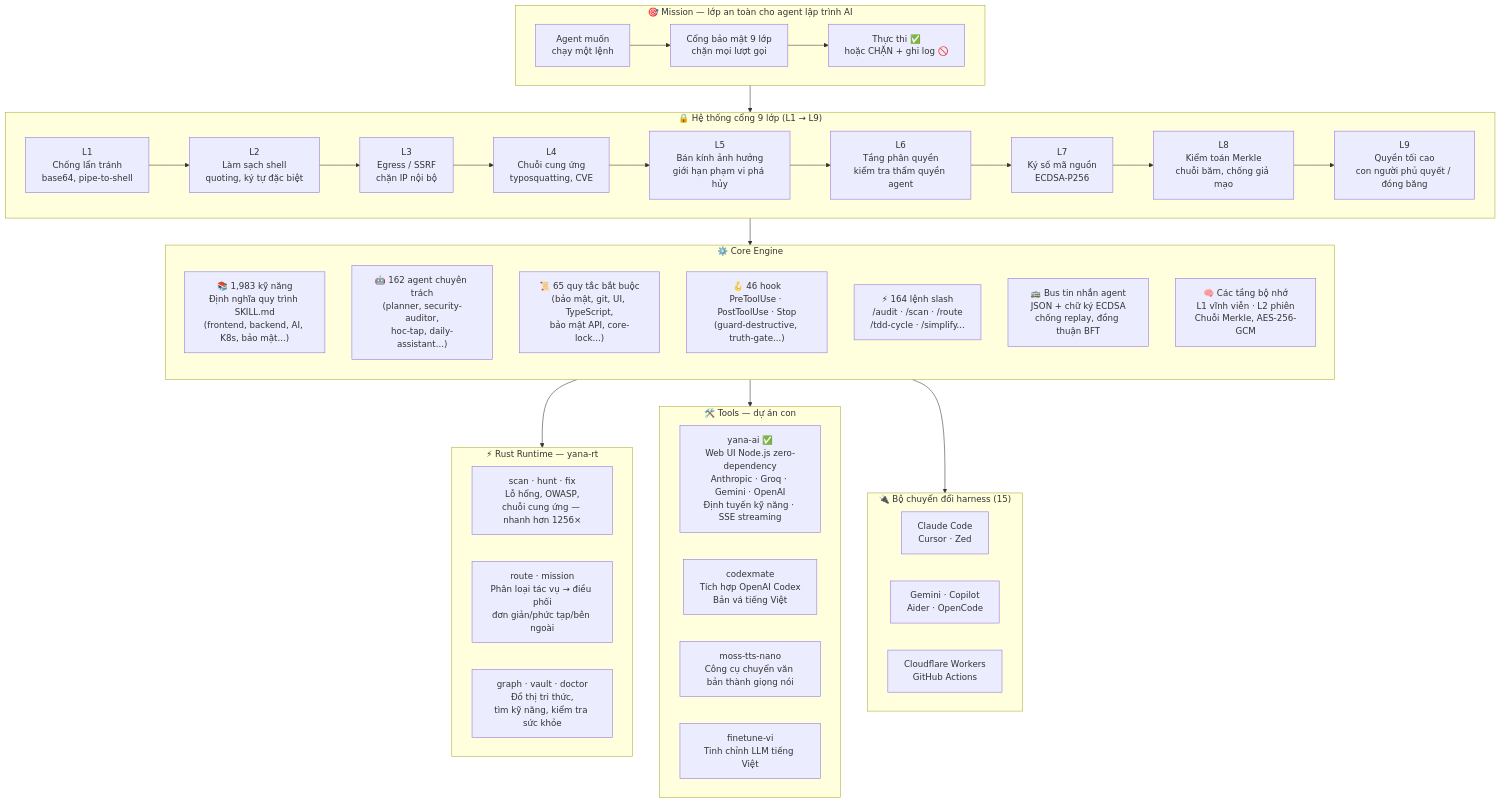
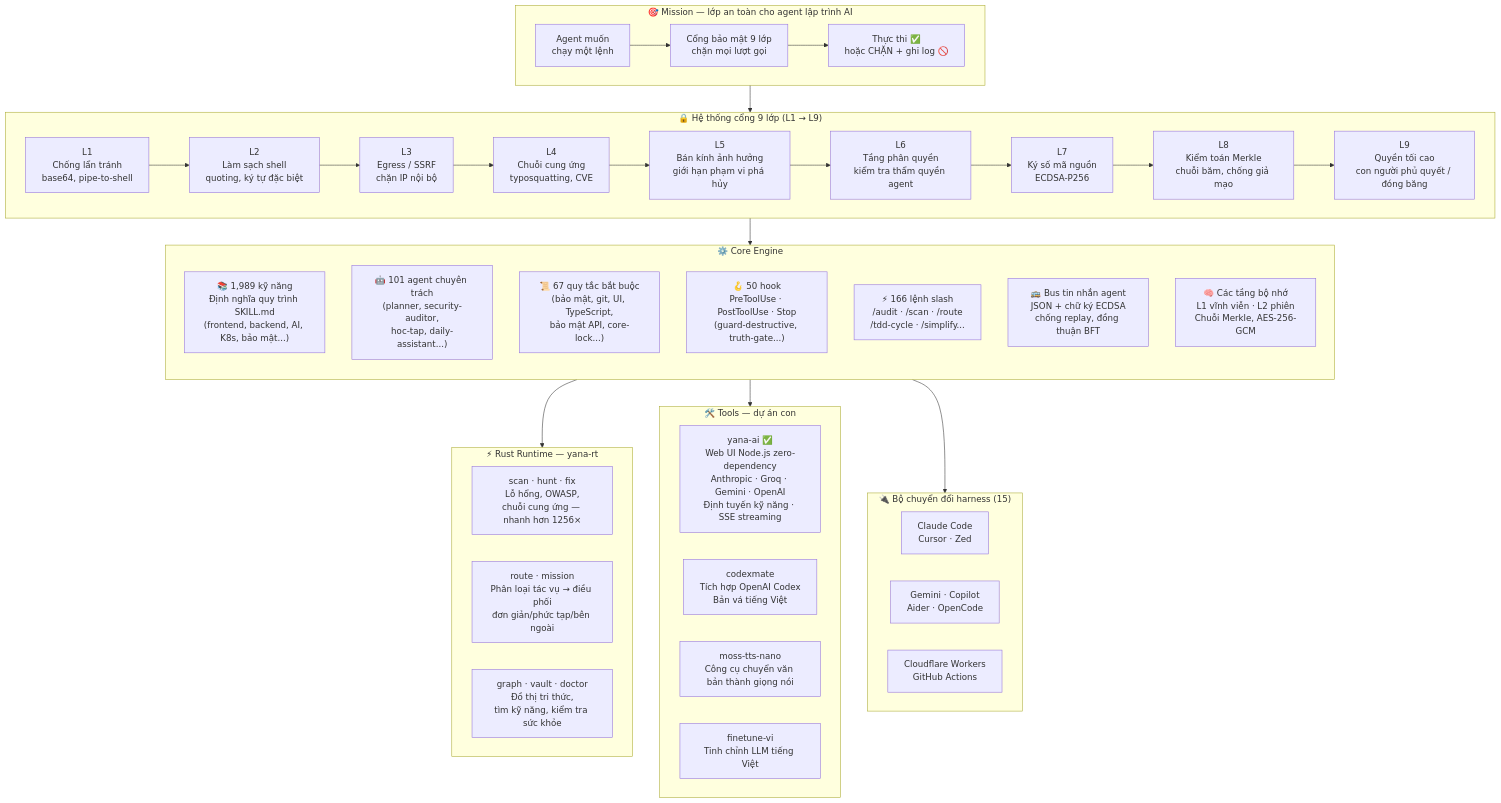
Before and after one commit to yanacuti1121/Yana-AI: the diagram in README.vi.md, drawn with Mermaid. The commit also changed other lines of this file and 23 other files, not shown here.

````diff
--- a/README.vi.md
+++ b/README.vi.md
@@ -111,70 +113,70 @@
 ```mermaid
 graph TB
     %% ── Mission ──────────────────────────────────────────────────────────
     subgraph MISSION["🎯 Mission — lớp an toàn cho agent lập trình AI"]
         direction LR
         AGENT["Agent muốn\nchạy một lệnh"]
         GATE["Cổng bảo mật 9 lớp\nchặn mọi lượt gọi"]
         OUT["Thực thi ✅\nhoặc CHẶN + ghi log 🚫"]
         AGENT --> GATE --> OUT
     end
 
     %% ── Gate layers ──────────────────────────────────────────────────────
     subgraph GATES["🔒 Hệ thống cổng 9 lớp (L1 → L9)"]
         direction LR
         G1["L1\nChống lẩn tránh\nbase64, pipe-to-shell"]
         G2["L2\nLàm sạch shell\nquoting, ký tự đặc biệt"]
         G3["L3\nEgress / SSRF\nchặn IP nội bộ"]
         G4["L4\nChuỗi cung ứng\ntyposquatting, CVE"]
         G5["L5\nBán kính ảnh hưởng\ngiới hạn phạm vi phá hủy"]
         G6["L6\nTầng phân quyền\nkiểm tra thẩm quyền agent"]
         G7["L7\nKý số mã nguồn\nECDSA-P256"]
         G8["L8\nKiểm toán Merkle\nchuỗi băm, chống giả mạo"]
         G9["L9\nQuyền tối cao\ncon người phủ quyết / đóng băng"]
         G1 --> G2 --> G3 --> G4 --> G5 --> G6 --> G7 --> G8 --> G9
     end
 
     %% ── Core engine ──────────────────────────────────────────────────────
     subgraph CORE["⚙️ Core Engine"]
         direction TB
-        SKILLS["📚 1,983 kỹ năng\nĐịnh nghĩa quy trình SKILL.md\n(frontend, backend, AI, K8s, bảo mật...)"]
-        AGENTS["🤖 162 agent chuyên trách\n(planner, security-auditor,\nhoc-tap, daily-assistant...)"]
-        RULES["📜 65 quy tắc bắt buộc\n(bảo mật, git, UI, TypeScript,\nbảo mật API, core-lock...)"]
-        HOOKS["🪝 46 hook\nPreToolUse · PostToolUse · Stop\n(guard-destructive, truth-gate...)"]
-        CMDS["⚡ 164 lệnh slash\n/audit · /scan · /route\n/tdd-cycle · /simplify..."]
+        SKILLS["📚 1,989 kỹ năng\nĐịnh nghĩa quy trình SKILL.md\n(frontend, backend, AI, K8s, bảo mật...)"]
+        AGENTS["🤖 101 agent chuyên trách\n(planner, security-auditor,\nhoc-tap, daily-assistant...)"]
+        RULES["📜 67 quy tắc bắt buộc\n(bảo mật, git, UI, TypeScript,\nbảo mật API, core-lock...)"]
+        HOOKS["🪝 50 hook\nPreToolUse · PostToolUse · Stop\n(guard-destructive, truth-gate...)"]
+        CMDS["⚡ 166 lệnh slash\n/audit · /scan · /route\n/tdd-cycle · /simplify..."]
         BUS["🚌 Bus tin nhắn agent\nJSON + chữ ký ECDSA\nchống replay, đồng thuận BFT"]
         MEM["🧠 Các tầng bộ nhớ\nL1 vĩnh viễn · L2 phiên\nChuỗi Merkle, AES-256-GCM"]
     end
 
     %% ── Rust runtime ─────────────────────────────────────────────────────
     subgraph RT["⚡ Rust Runtime — yana-rt"]
         direction LR
         SCAN["scan · hunt · fix\nLỗ hổng, OWASP,\nchuỗi cung ứng — nhanh hơn 1256×"]
         ROUTE["route · mission\nPhân loại tác vụ → điều phối\nđơn giản/phức tạp/bên ngoài"]
         VAULT["graph · vault · doctor\nĐồ thị tri thức,\ntìm kỹ năng, kiểm tra sức khỏe"]
     end
 
     %% ── Tools ────────────────────────────────────────────────────────────
     subgraph TOOLS["🛠️ Tools — dự án con"]
         direction LR
         YANA["yana-ai ✅\nWeb UI Node.js zero-dependency\nAnthropic · Groq · Gemini · OpenAI\nĐịnh tuyến kỹ năng · SSE streaming"]
         CODEXMATE["codexmate\nTích hợp OpenAI Codex\nBản vá tiếng Việt"]
         MOSS["moss-tts-nano\nCông cụ chuyển văn bản thành giọng nói"]
         FINETUNE["finetune-vi\nTinh chỉnh LLM tiếng Việt"]
     end
 
     %% ── Harness adapters ─────────────────────────────────────────────────
     subgraph HARNESS["🔌 Bộ chuyển đổi harness (15)"]
         direction LR
         H1["Claude Code\nCursor · Zed"]
         H2["Gemini · Copilot\nAider · OpenCode"]
         H3["Cloudflare Workers\nGitHub Actions"]
     end
 
     %% ── Connections ──────────────────────────────────────────────────────
     MISSION --> GATES
     GATES --> CORE
     CORE --> RT
     CORE --> TOOLS
     CORE --> HARNESS
 ```
````
